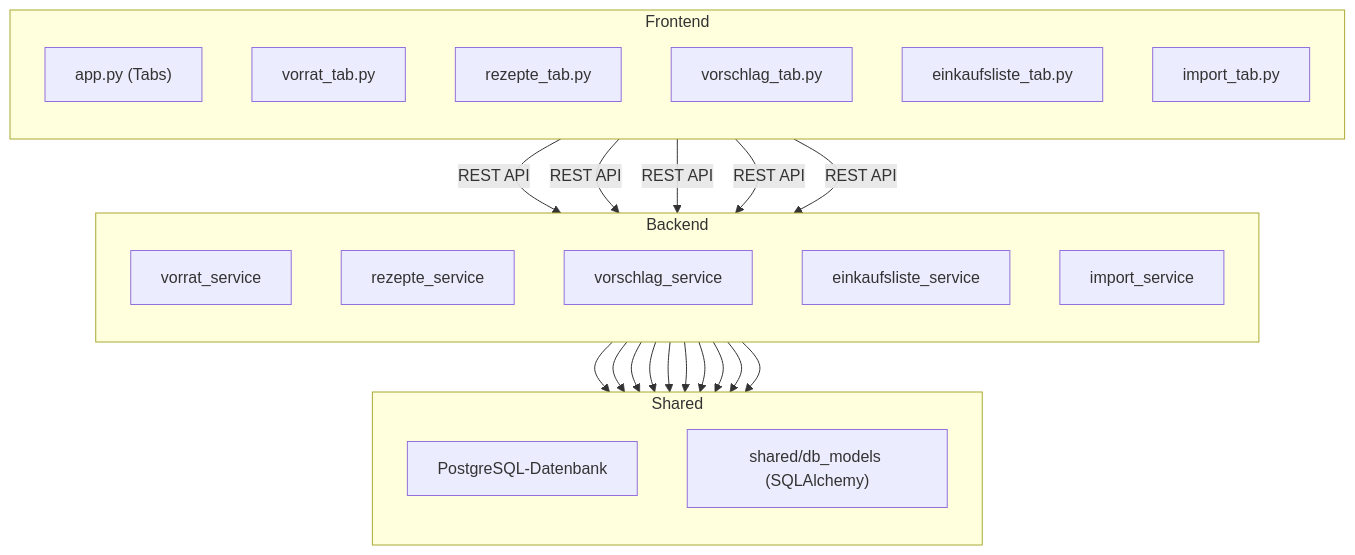
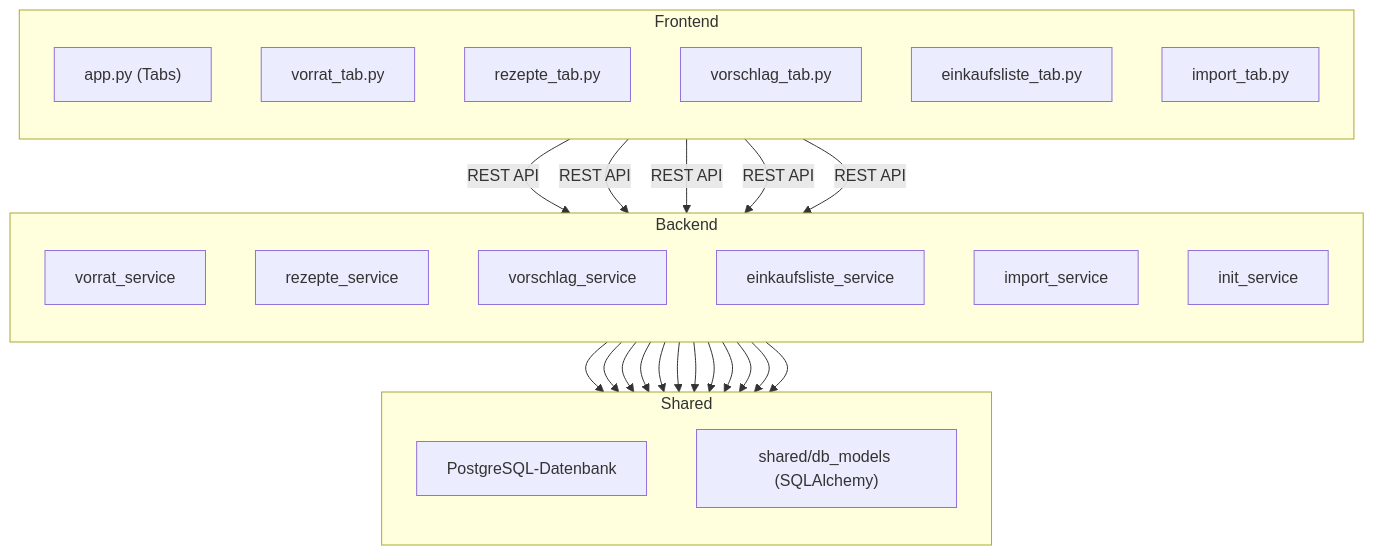
The first of 4 diagrams in README.md (EikAlex/Kochbuch-APP), drawn with Mermaid before and after one commit. The commit also changed other lines of this file, not shown here.

````diff
--- a/README.md
+++ b/README.md
@@ -196,48 +204,51 @@
 ```mermaid
 graph TD
     subgraph Frontend
         direction TB
         A1["app.py (Tabs)"]
         A2[vorrat_tab.py]
         A3[rezepte_tab.py]
         A4[vorschlag_tab.py]
         A5[einkaufsliste_tab.py]
         A6[import_tab.py]
     end
 
     subgraph Backend
         direction TB
         B1[vorrat_service]
         B2[rezepte_service]
         B3[vorschlag_service]
         B4[einkaufsliste_service]
         B5[import_service]
+        B6[init_service]
     end
 
     subgraph Shared
         direction TB
         C1[PostgreSQL-Datenbank]
         C2["shared/db_models (SQLAlchemy)"]
     end
 
     %% Verbindungen Frontend zu Backend
     A2 -->|REST API| B1
     A3 -->|REST API| B2
     A4 -->|REST API| B3
     A5 -->|REST API| B4
     A6 -->|REST API| B5
 
     %% Backend zu DB & Shared Models
     B1 --> C1
     B2 --> C1
     B3 --> C1
     B4 --> C1
     B5 --> C1
+    B6 --> C1
 
     B1 --> C2
     B2 --> C2
     B3 --> C2
     B4 --> C2
     B5 --> C2
+    B6 --> C2
 
 ```
````
